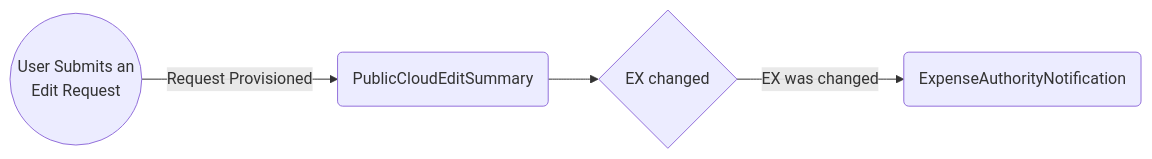
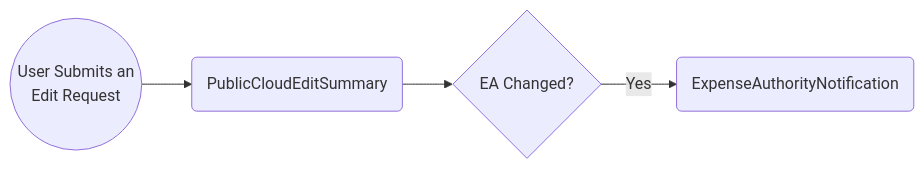
One commit to bcgov/platform-services-registry changed the second of 3 diagrams in docs/business-logic/public-cloud/email-scenario.md. Above: the diagram before and after it, drawn with Mermaid. The commit also changed other lines of this file and 41 other files, not shown here.

````diff
--- a/docs/business-logic/public-cloud/email-scenario.md
+++ b/docs/business-logic/public-cloud/email-scenario.md
@@ -60,6 +57,6 @@
 ```mermaid
-   flowchart LR
-     A((User Submits an <br> Edit Request)) --> |Request Provisioned|B(Edit Request Received sent to PO/TLs)
-   B(PublicCloudEditSummary) --> C{EX changed}
-    C -->|EX was changed| D(ExpenseAuthorityNotification)
+flowchart LR
+    A((User Submits an <br> Edit Request)) --> B(PublicCloudEditSummary)
+    B --> C{EA Changed?}
+    C -->|Yes| D(ExpenseAuthorityNotification)
 ```
````
